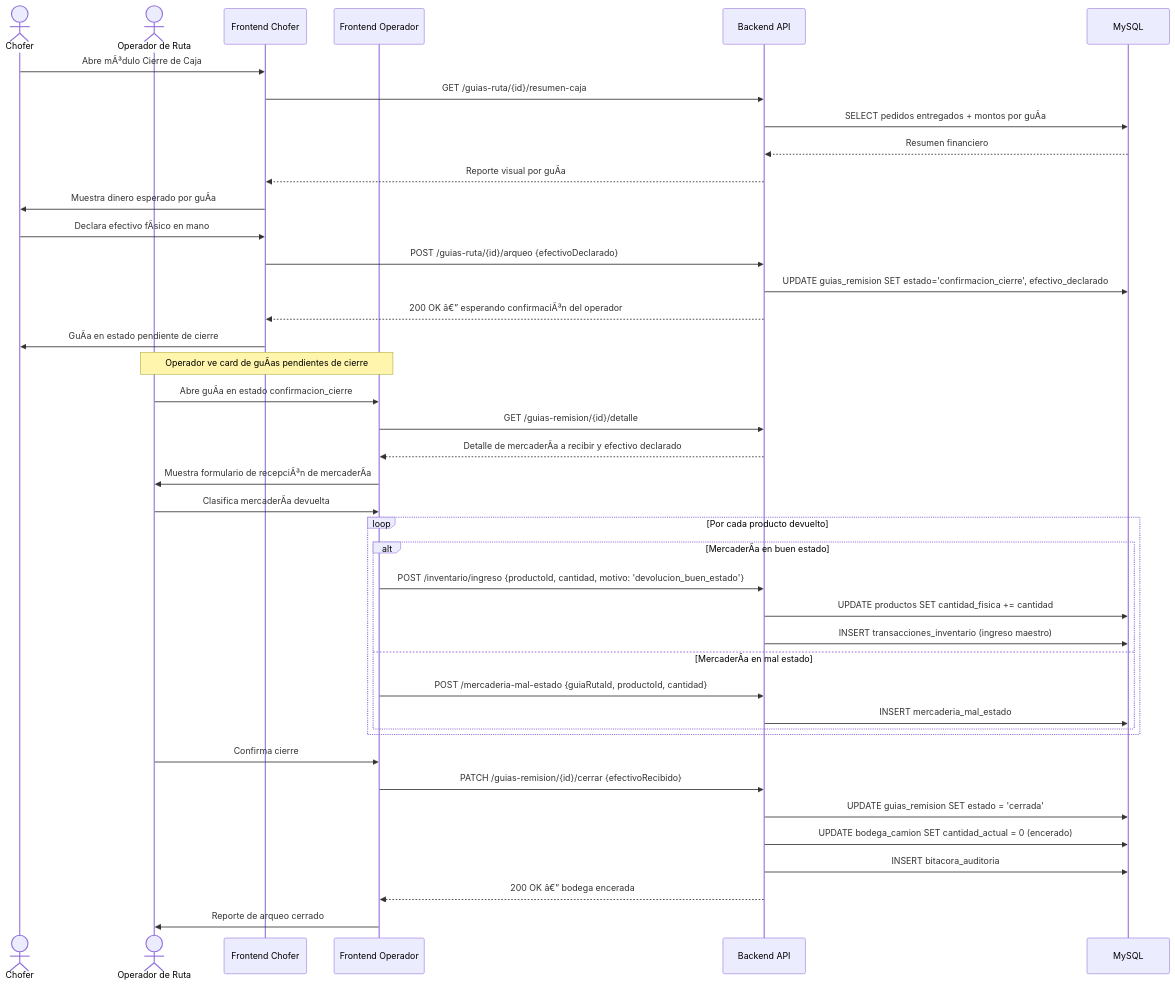
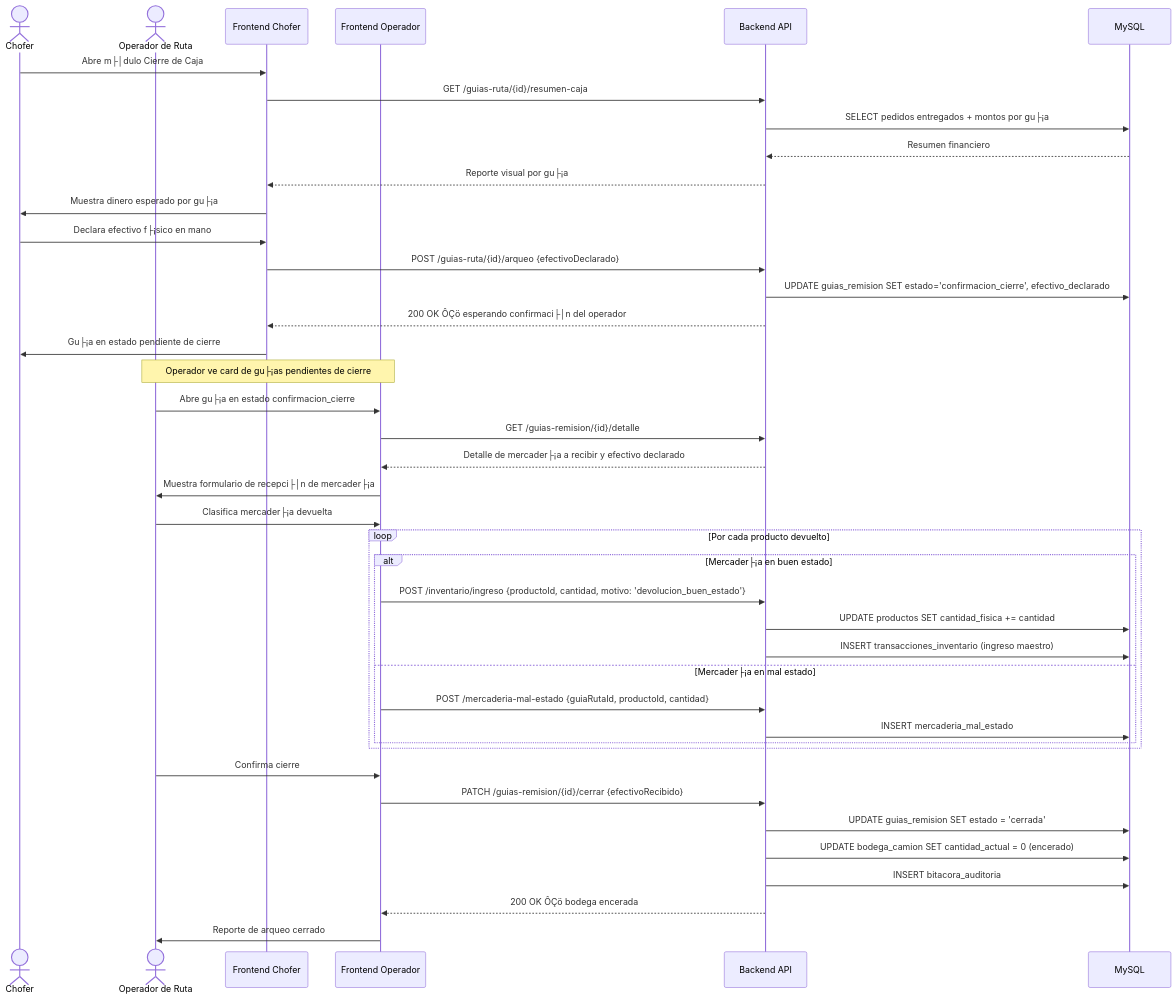
Before and after one commit to UNIPI6TO/PI-ECOMMERCE-FRITOLAY: the seventh of 23 diagrams in docs/especificacion.md, drawn with Mermaid. The commit also changed other lines of this file, not shown here.

Commit message:
fix: corregir codificacion UTF-8 del documento y restaurar DFD GCP bajo costo sin caracteres corruptos

````diff
--- a/docs/especificacion.md
+++ b/docs/especificacion.md
@@ -1109,48 +1109,48 @@
 ```mermaid
 sequenceDiagram
     actor Chofer
     actor Operador as Operador de Ruta
     participant FE_CHO as Frontend Chofer
     participant FE_OPE as Frontend Operador
     participant API as Backend API
     participant DB as MySQL
 
-    Chofer->>FE_CHO: Abre mÃ³dulo Cierre de Caja
+    Chofer->>FE_CHO: Abre m├│dulo Cierre de Caja
     FE_CHO->>API: GET /guias-ruta/{id}/resumen-caja
-    API->>DB: SELECT pedidos entregados + montos por guÃ­a
+    API->>DB: SELECT pedidos entregados + montos por gu├¡a
     DB-->>API: Resumen financiero
-    API-->>FE_CHO: Reporte visual por guÃ­a
-    FE_CHO->>Chofer: Muestra dinero esperado por guÃ­a
+    API-->>FE_CHO: Reporte visual por gu├¡a
+    FE_CHO->>Chofer: Muestra dinero esperado por gu├¡a
 
-    Chofer->>FE_CHO: Declara efectivo fÃ­sico en mano
+    Chofer->>FE_CHO: Declara efectivo f├¡sico en mano
     FE_CHO->>API: POST /guias-ruta/{id}/arqueo {efectivoDeclarado}
     API->>DB: UPDATE guias_remision SET estado='confirmacion_cierre', efectivo_declarado
-    API-->>FE_CHO: 200 OK â€” esperando confirmaciÃ³n del operador
-    FE_CHO->>Chofer: GuÃ­a en estado pendiente de cierre
+    API-->>FE_CHO: 200 OK ÔÇö esperando confirmaci├│n del operador
+    FE_CHO->>Chofer: Gu├¡a en estado pendiente de cierre
 
-    Note over FE_OPE,Operador: Operador ve card de guÃ­as pendientes de cierre
-    Operador->>FE_OPE: Abre guÃ­a en estado confirmacion_cierre
+    Note over FE_OPE,Operador: Operador ve card de gu├¡as pendientes de cierre
+    Operador->>FE_OPE: Abre gu├¡a en estado confirmacion_cierre
     FE_OPE->>API: GET /guias-remision/{id}/detalle
-    API-->>FE_OPE: Detalle de mercaderÃ­a a recibir y efectivo declarado
-    FE_OPE->>Operador: Muestra formulario de recepciÃ³n de mercaderÃ­a
+    API-->>FE_OPE: Detalle de mercader├¡a a recibir y efectivo declarado
+    FE_OPE->>Operador: Muestra formulario de recepci├│n de mercader├¡a
 
-    Operador->>FE_OPE: Clasifica mercaderÃ­a devuelta
+    Operador->>FE_OPE: Clasifica mercader├¡a devuelta
     loop Por cada producto devuelto
-        alt MercaderÃ­a en buen estado
+        alt Mercader├¡a en buen estado
             FE_OPE->>API: POST /inventario/ingreso {productoId, cantidad, motivo: 'devolucion_buen_estado'}
             API->>DB: UPDATE productos SET cantidad_fisica += cantidad
             API->>DB: INSERT transacciones_inventario (ingreso maestro)
-        else MercaderÃ­a en mal estado
+        else Mercader├¡a en mal estado
             FE_OPE->>API: POST /mercaderia-mal-estado {guiaRutaId, productoId, cantidad}
             API->>DB: INSERT mercaderia_mal_estado
         end
     end
 
     Operador->>FE_OPE: Confirma cierre
     FE_OPE->>API: PATCH /guias-remision/{id}/cerrar {efectivoRecibido}
     API->>DB: UPDATE guias_remision SET estado = 'cerrada'
     API->>DB: UPDATE bodega_camion SET cantidad_actual = 0 (encerado)
     API->>DB: INSERT bitacora_auditoria
-    API-->>FE_OPE: 200 OK â€” bodega encerada
+    API-->>FE_OPE: 200 OK ÔÇö bodega encerada
     FE_OPE->>Operador: Reporte de arqueo cerrado
 ```
````
